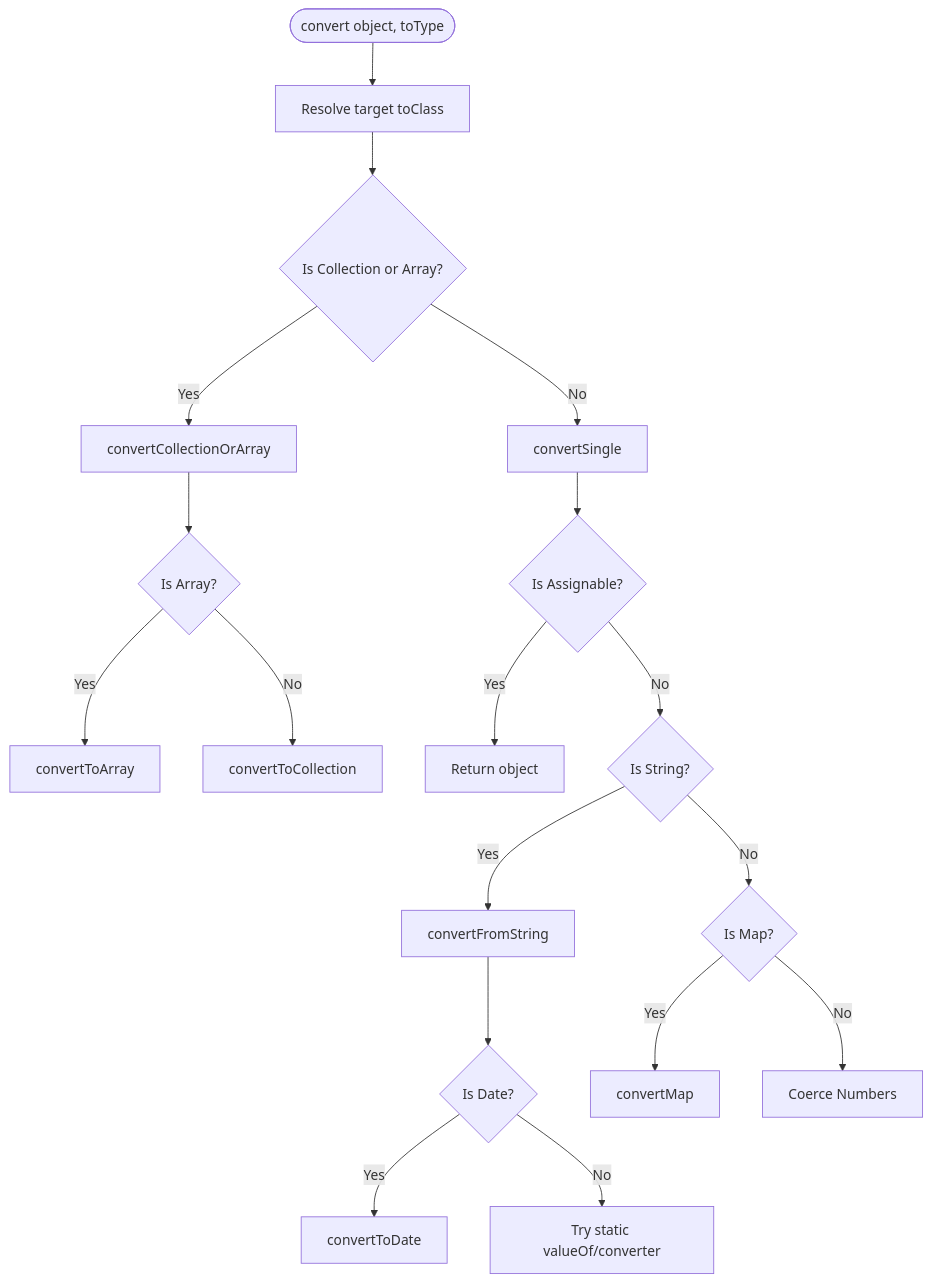
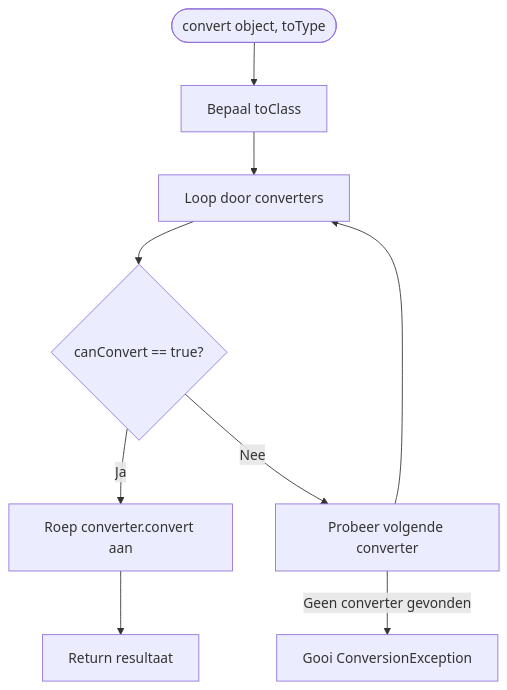
One commit to OpenMRSenger/openmrs-module-webservices.rest changed the fourth of 4 diagrams in docs/Altered Design/design.md. Above: the diagram before and after it, drawn with Mermaid. The commit also changed other lines of this file and 2 other files, not shown here.

````diff
--- a/docs/Altered Design/design.md
+++ b/docs/Altered Design/design.md
@@ -85,24 +97,11 @@
 ```mermaid
 flowchart TD
-    Start([convert object, toType]) --> ResolveClass[Resolve target toClass]
-    ResolveClass --> CheckCollection{Is Collection or Array?}
-    
-    CheckCollection -- Yes --> CallColl[convertCollectionOrArray]
-    CallColl --> CheckArray{Is Array?}
-    CheckArray -- Yes --> CallArray[convertToArray]
-    CheckArray -- No --> CallCollection[convertToCollection]
-    
-    CheckCollection -- No --> CallSingle[convertSingle]
-    CallSingle --> CheckAssign{Is Assignable?}
-    CheckAssign -- Yes --> RetObj[Return object]
-    CheckAssign -- No --> CheckStr{Is String?}
-    
-    CheckStr -- Yes --> CallStr[convertFromString]
-    CallStr --> CheckDate{Is Date?}
-    CheckDate -- Yes --> CallDate[convertToDate]
-    CheckDate -- No --> ValueOf[Try static valueOf/converter]
-    
-    CheckStr -- No --> CheckMap{Is Map?}
-    CheckMap -- Yes --> CallMap[convertMap]
-    CheckMap -- No --> CoerceNum[Coerce Numbers]
+    Start([convert object, toType]) --> ResolveClass[Bepaal toClass]
+    ResolveClass --> LoopConverters[Loop door converters]
+    LoopConverters --> CheckCanConvert{canConvert == true?}
+    CheckCanConvert -- Ja --> RunConvert[Roep converter.convert aan]
+    CheckCanConvert -- Nee --> TryNext[Probeer volgende converter]
+    TryNext --> LoopConverters
+    RunConvert --> Return[Return resultaat]
+    TryNext -- Geen converter gevonden --> Throw[Gooi ConversionException]
 ```
````
